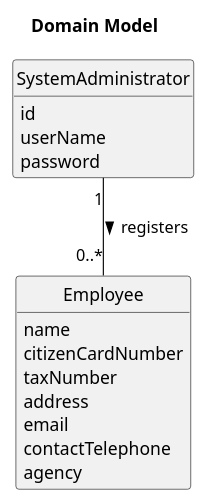
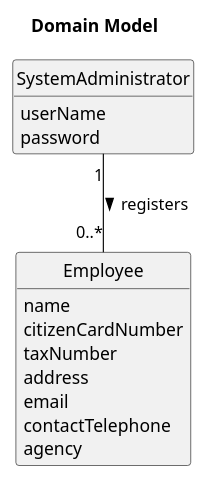
The diagram in docs/sprintA/us003/02.analysis/puml/us003-domain-model.puml (Goncalves2525/real-estate-management-system), drawn with PlantUML before and after one commit. The commit also changed 18 other files, not shown here.

```diff
--- a/docs/sprintA/us003/02.analysis/puml/us003-domain-model.puml
+++ b/docs/sprintA/us003/02.analysis/puml/us003-domain-model.puml
@@ -1,34 +1,33 @@
 @startuml
 skinparam monochrome true
 skinparam packageStyle rectangle
 skinparam shadowing false
 
 'left to right direction
 
 skinparam classAttributeIconSize 0
 
 hide circle
 hide methods
 
 title Domain Model
 
 
 class SystemAdministrator {
-   id
    userName
    password
 }
 
 class Employee{
     name
     citizenCardNumber
     taxNumber
     address
     email
     contactTelephone
     agency
 }
 
 SystemAdministrator "1" -- "0..*" Employee : registers >
 
 @enduml
```
